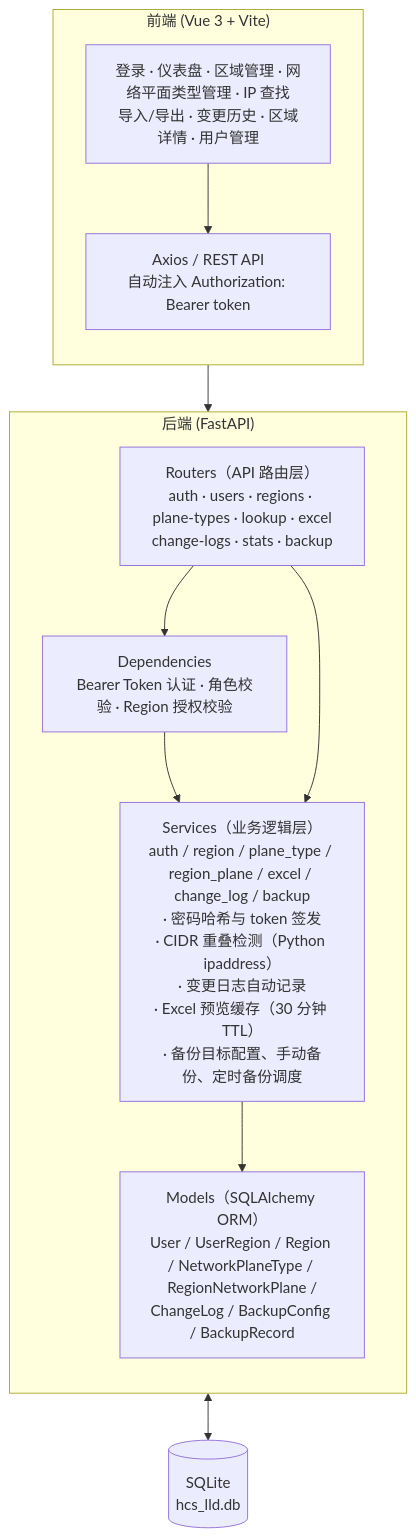
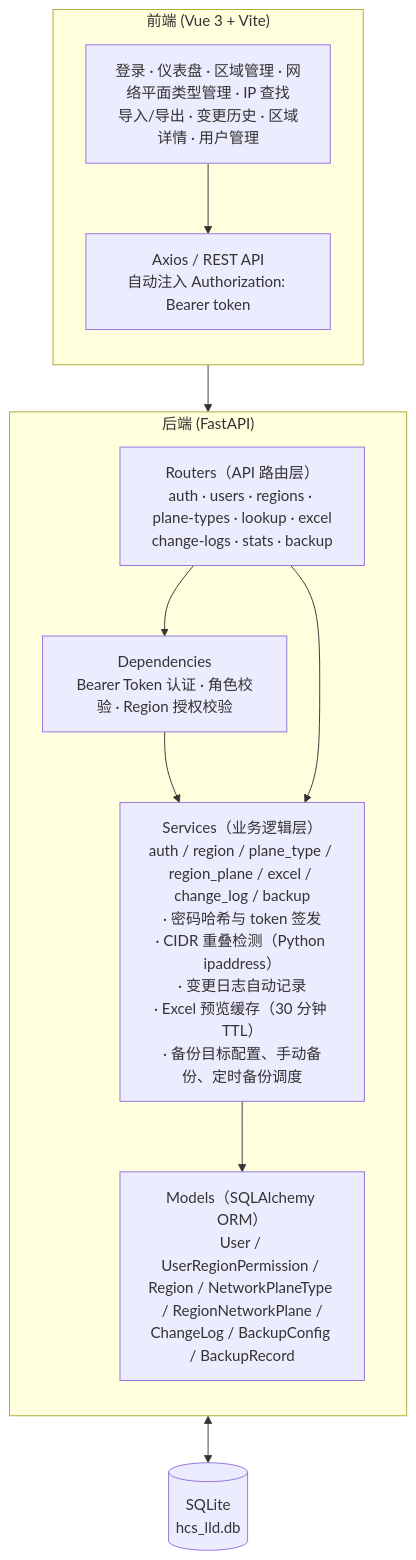
The first of 4 diagrams in SYSTEM_DESIGN.md (zhou-xingxing/hcs-lld-management), drawn with Mermaid before and after one commit. The commit also changed other lines of this file and 12 other files, not shown here.

````diff
--- a/SYSTEM_DESIGN.md
+++ b/SYSTEM_DESIGN.md
@@ -49,25 +49,25 @@
 ```mermaid
 graph TB
     subgraph Frontend["前端 (Vue 3 + Vite)"]
         direction TB
         FE_Pages["登录 · 仪表盘 · 区域管理 · 网络平面类型管理 · IP 查找<br/>导入/导出 · 变更历史 · 区域详情 · 用户管理"]
         FE_Axios["Axios / REST API<br/>自动注入 Authorization: Bearer token"]
         FE_Pages --> FE_Axios
     end
 
     subgraph Backend["后端 (FastAPI)"]
         direction TB
         Routers["Routers（API 路由层）<br/>auth · users · regions · plane-types · lookup · excel<br/>change-logs · stats · backup"]
         Deps["Dependencies<br/>Bearer Token 认证 · 角色校验 · Region 授权校验"]
         Services["Services（业务逻辑层）<br/>auth / region / plane_type / region_plane / excel / change_log / backup<br/>· 密码哈希与 token 签发<br/>· CIDR 重叠检测（Python ipaddress）<br/>· 变更日志自动记录<br/>· Excel 预览缓存（30 分钟 TTL）<br/>· 备份目标配置、手动备份、定时备份调度"]
-        Models["Models（SQLAlchemy ORM）<br/>User / UserRegion / Region / NetworkPlaneType / RegionNetworkPlane /<br/>ChangeLog / BackupConfig / BackupRecord"]
+        Models["Models（SQLAlchemy ORM）<br/>User / UserRegionPermission / Region / NetworkPlaneType / RegionNetworkPlane /<br/>ChangeLog / BackupConfig / BackupRecord"]
         Routers --> Deps
         Deps --> Services
         Routers --> Services --> Models
     end
 
     DB[("SQLite<br/>hcs_lld.db")]
 
     FE_Axios --> Routers
     Models <--> DB
 ```
````
